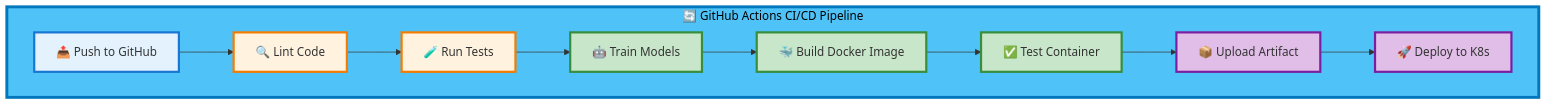
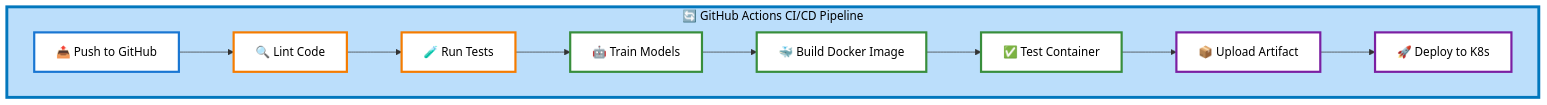
One commit to 2024aa05820/heart-disease-mlops changed the fourth of 9 diagrams in README.md. Above: the diagram before and after it, drawn with Mermaid. The commit also changed other lines of this file, not shown here.

First line of the commit message:
Fix Mermaid diagram text visibility - use white backgrounds for nodes

````diff
--- a/README.md
+++ b/README.md
@@ -296,22 +296,22 @@
 ```mermaid
 graph TB
     subgraph GA_PIPELINE["🔄 GitHub Actions CI/CD Pipeline"]
         A["📤 Push to GitHub"] --> B["🔍 Lint Code"]
         B --> C["🧪 Run Tests"]
         C --> D["🤖 Train Models"]
         D --> E["🐳 Build Docker Image"]
         E --> F["✅ Test Container"]
         F --> G["📦 Upload Artifact"]
         G --> H["🚀 Deploy to K8s"]
     end
     
-    style GA_PIPELINE fill:#4FC3F7,stroke:#0277BD,stroke-width:4px,color:#000
-    style A fill:#E3F2FD,stroke:#1976D2,stroke-width:3px
-    style B fill:#FFF3E0,stroke:#F57C00,stroke-width:3px
-    style C fill:#FFF3E0,stroke:#F57C00,stroke-width:3px
-    style D fill:#C8E6C9,stroke:#388E3C,stroke-width:3px
-    style E fill:#C8E6C9,stroke:#388E3C,stroke-width:3px
-    style F fill:#C8E6C9,stroke:#388E3C,stroke-width:3px
-    style G fill:#E1BEE7,stroke:#7B1FA2,stroke-width:3px
-    style H fill:#E1BEE7,stroke:#7B1FA2,stroke-width:3px
+    style GA_PIPELINE fill:#BBDEFB,stroke:#0277BD,stroke-width:4px,color:#000000
+    style A fill:#FFFFFF,stroke:#1976D2,stroke-width:3px,color:#000000
+    style B fill:#FFFFFF,stroke:#F57C00,stroke-width:3px,color:#000000
+    style C fill:#FFFFFF,stroke:#F57C00,stroke-width:3px,color:#000000
+    style D fill:#FFFFFF,stroke:#388E3C,stroke-width:3px,color:#000000
+    style E fill:#FFFFFF,stroke:#388E3C,stroke-width:3px,color:#000000
+    style F fill:#FFFFFF,stroke:#388E3C,stroke-width:3px,color:#000000
+    style G fill:#FFFFFF,stroke:#7B1FA2,stroke-width:3px,color:#000000
+    style H fill:#FFFFFF,stroke:#7B1FA2,stroke-width:3px,color:#000000
 ```
````
